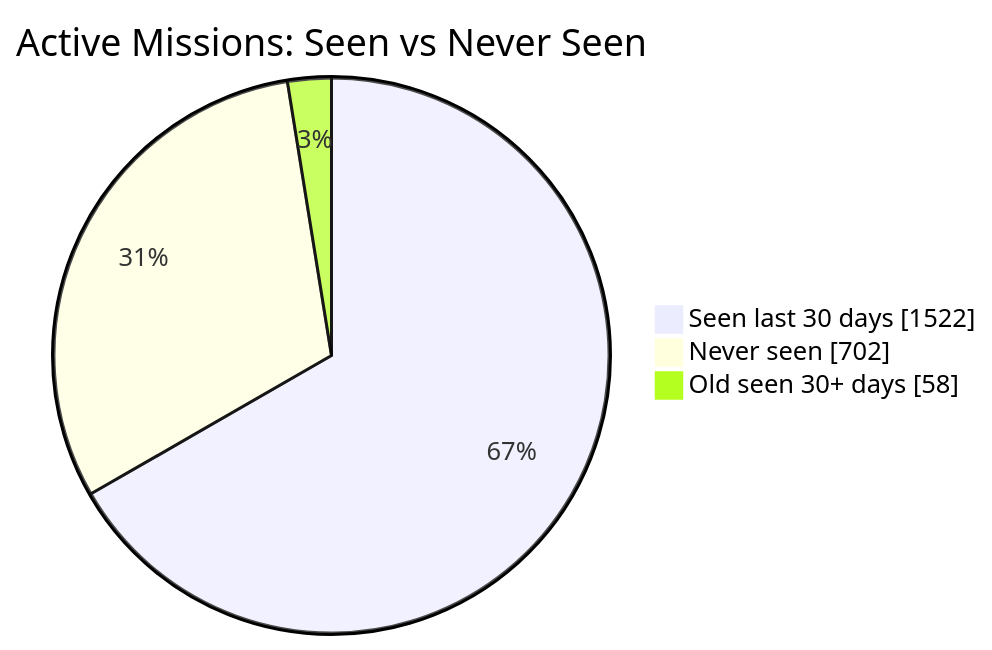
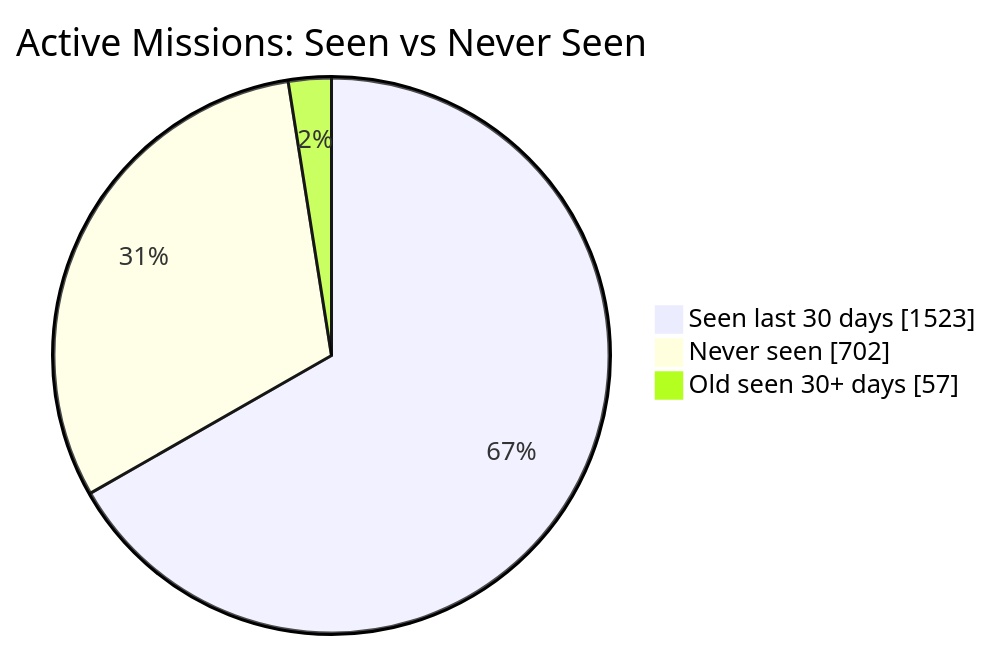
The first of 2 diagrams in README.md (MeldkamerspelGameTeam/active-missions), drawn with Mermaid before and after one commit. The commit also changed other lines of this file and 2 other files, not shown here.

````diff
--- a/README.md
+++ b/README.md
@@ -34,7 +34,7 @@
 ```mermaid
 pie showData
     title Active Missions: Seen vs Never Seen
-    "Seen last 30 days" : 1522
+    "Seen last 30 days" : 1523
     "Never seen" : 702
-    "Old seen 30+ days" : 58
+    "Old seen 30+ days" : 57
 ```
````
